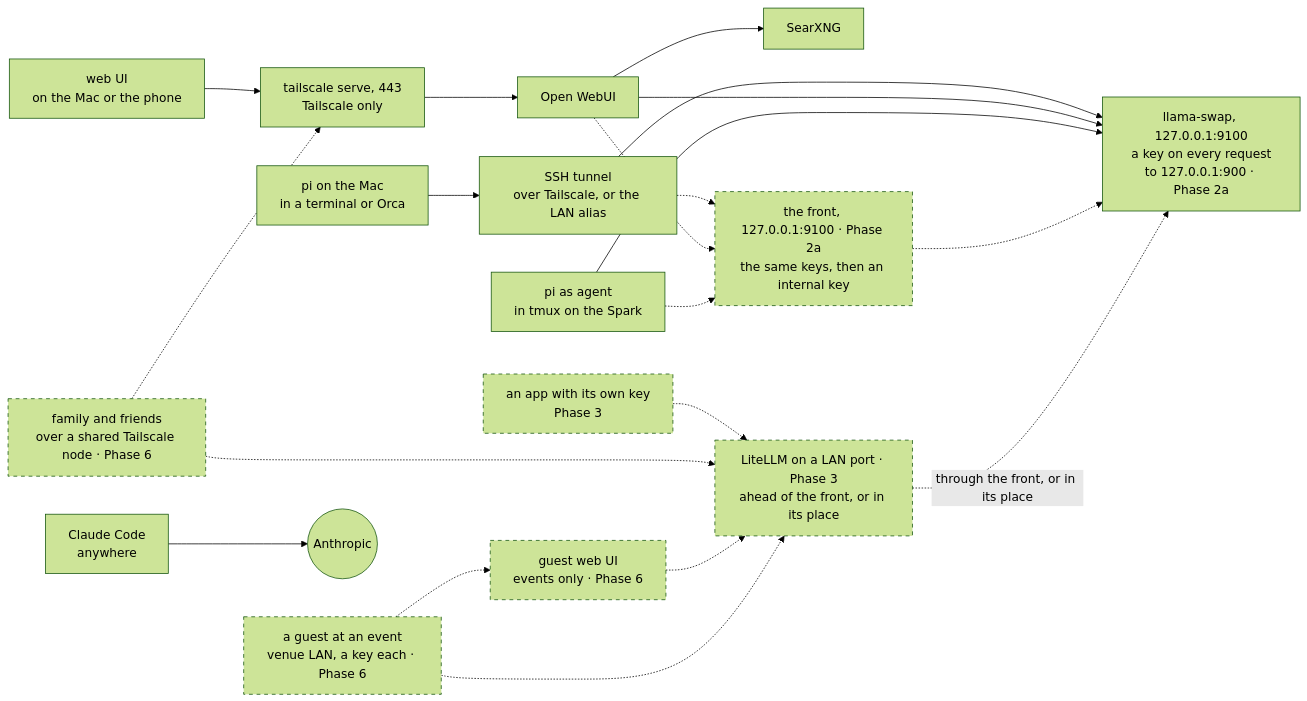
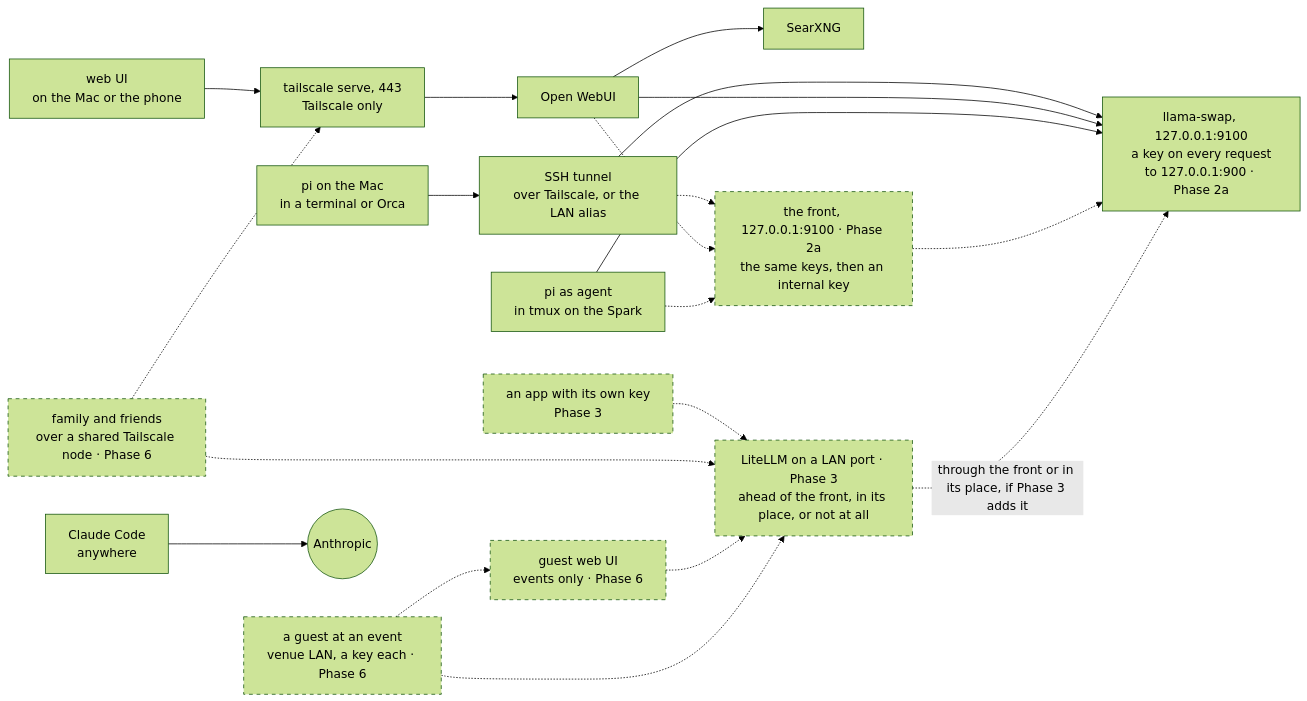
Before and after one commit to chendaniely/local-ai: the second of 4 diagrams in website/architecture.qmd, drawn with Mermaid (forest theme). The commit also changed other lines of this file and 16 other files, not shown here.

First line of the commit message:
docs(plan): 🤖 Phase 2a's plan after its forward-and-back council

````diff
--- a/website/architecture.qmd
+++ b/website/architecture.qmd
@@ -128,38 +128,38 @@
 ```{mermaid}
 flowchart LR
   classDef planned stroke-dasharray: 5 5
 
   piT["pi on the Mac<br/>in a terminal or Orca"]
   ui["web UI<br/>on the Mac or the phone"]
   piA["pi as agent<br/>in tmux on the Spark"]
   cc["Claude Code<br/>anywhere"]
   app["an app with its own key<br/>Phase 3"]:::planned
   fam["family and friends<br/>over a shared Tailscale node · Phase 6"]:::planned
   guest["a guest at an event<br/>venue LAN, a key each · Phase 6"]:::planned
 
   tunnel["SSH tunnel<br/>over Tailscale, or the LAN alias"]
   guestui["guest web UI<br/>events only · Phase 6"]:::planned
   serve["tailscale serve, 443<br/>Tailscale only"]
   owui["Open WebUI"]
   searx["SearXNG"]
   front["the front, 127.0.0.1:9100 · Phase 2a<br/>the same keys, then an internal key"]:::planned
   swap["llama-swap, 127.0.0.1:9100<br/>a key on every request<br/>to 127.0.0.1:900 · Phase 2a"]
-  litellm["LiteLLM on a LAN port · Phase 3<br/>ahead of the front, or in its place"]:::planned
+  litellm["LiteLLM on a LAN port · Phase 3<br/>ahead of the front, in its place, or not at all"]:::planned
   anthropic(("Anthropic"))
 
   piT --> tunnel --> swap
   ui --> serve --> owui --> swap
   owui --> searx
   piA --> swap
   cc --> anthropic
   tunnel -.-> front
   owui -.-> front
   piA -.-> front
   front -.-> swap
   app -.-> litellm
-  litellm -. "through the front, or in its place" .-> swap
+  litellm -. "through the front or in its place, if Phase 3 adds it" .-> swap
   fam -.-> serve
   fam -.-> litellm
   guest -.-> guestui -.-> litellm
   guest -.-> litellm
 ```
````
